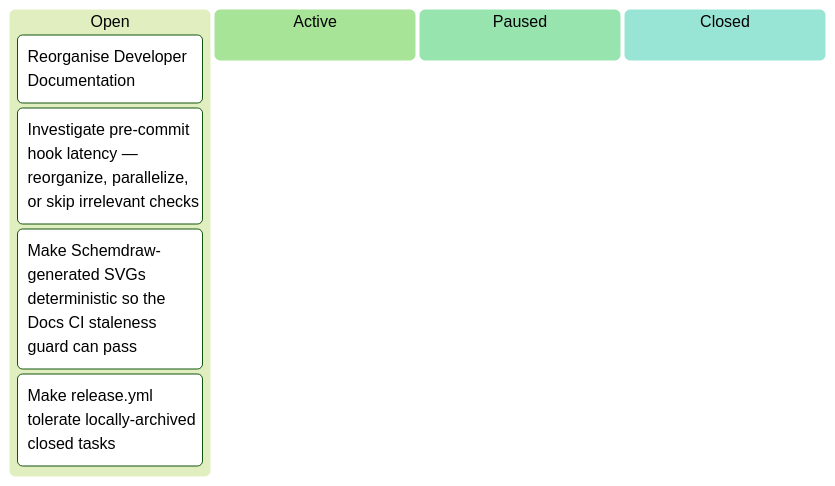
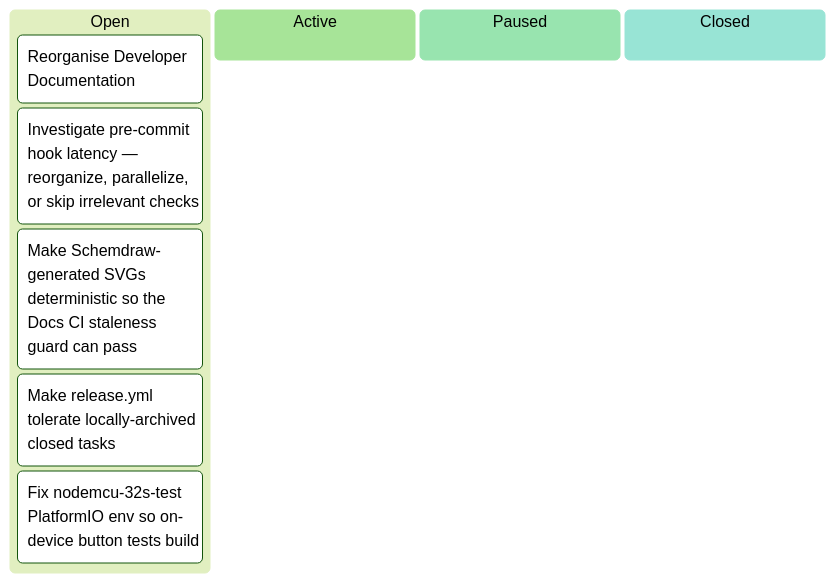
Before and after one commit to tgd1975/AwesomeGuitarPedal: the ninth of 9 diagrams in docs/developers/tasks/KANBAN.md, drawn with Mermaid (forest theme). The commit also changed other lines of this file and 3 other files, not shown here.

First line of the commit message:
docs(tasks): scaffold TASK-388 — fix nodemcu-32s-test PlatformIO env (i_button.h + FakeSerial)

````diff
--- a/docs/developers/tasks/KANBAN.md
+++ b/docs/developers/tasks/KANBAN.md
@@ -137,11 +137,12 @@
 ```mermaid
 kanban
   Open
     TASK_148["Reorganise Developer Documentation"]
     TASK_352["Investigate pre-commit hook latency — reorganize, parallelize, or skip irrelevant checks"]
     TASK_370["Make Schemdraw-generated SVGs deterministic so the Docs CI staleness guard can pass"]
     TASK_374["Make release.yml tolerate locally-archived closed tasks"]
+    TASK_388["Fix nodemcu-32s-test PlatformIO env so on-device button tests build"]
   Active
   Paused
   Closed
 ```
````
